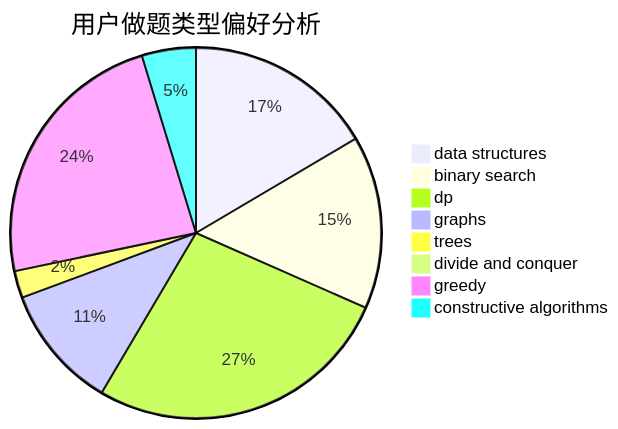
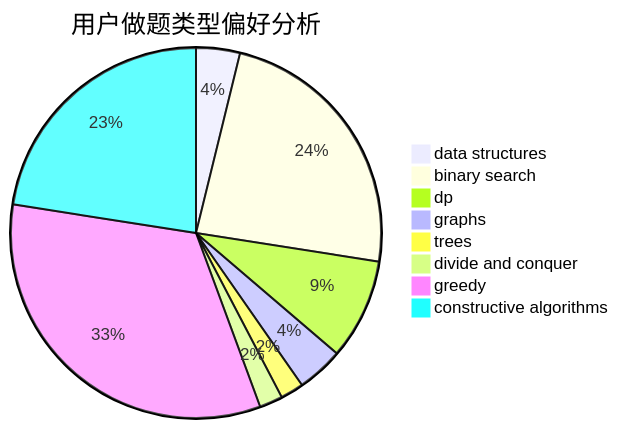
One commit to sherpahu/cfrs.github.io changed the second of 3 diagrams in docs/user/u542.md. Above: the diagram before and after it, drawn with Mermaid. The commit also changed other lines of this file and 2770 other files, not shown here.

````diff
--- a/docs/user/u542.md
+++ b/docs/user/u542.md
@@ -23,11 +23,11 @@
 ```mermaid
 pie title 用户做题类型偏好分析
-    "data structures" :  35
-    "binary search" :  32
-    "dp" :  57
-    "graphs" :  23
-    "trees" :  5
-    "divide and conquer" :  0
-    "greedy" :  50
-    "constructive algorithms" :  10
+    "data structures" :  17
+    "binary search" :  105
+    "dp" :  39
+    "graphs" :  18
+    "trees" :  9
+    "divide and conquer" :  9
+    "greedy" :  147
+    "constructive algorithms" :  100
 ```
````
